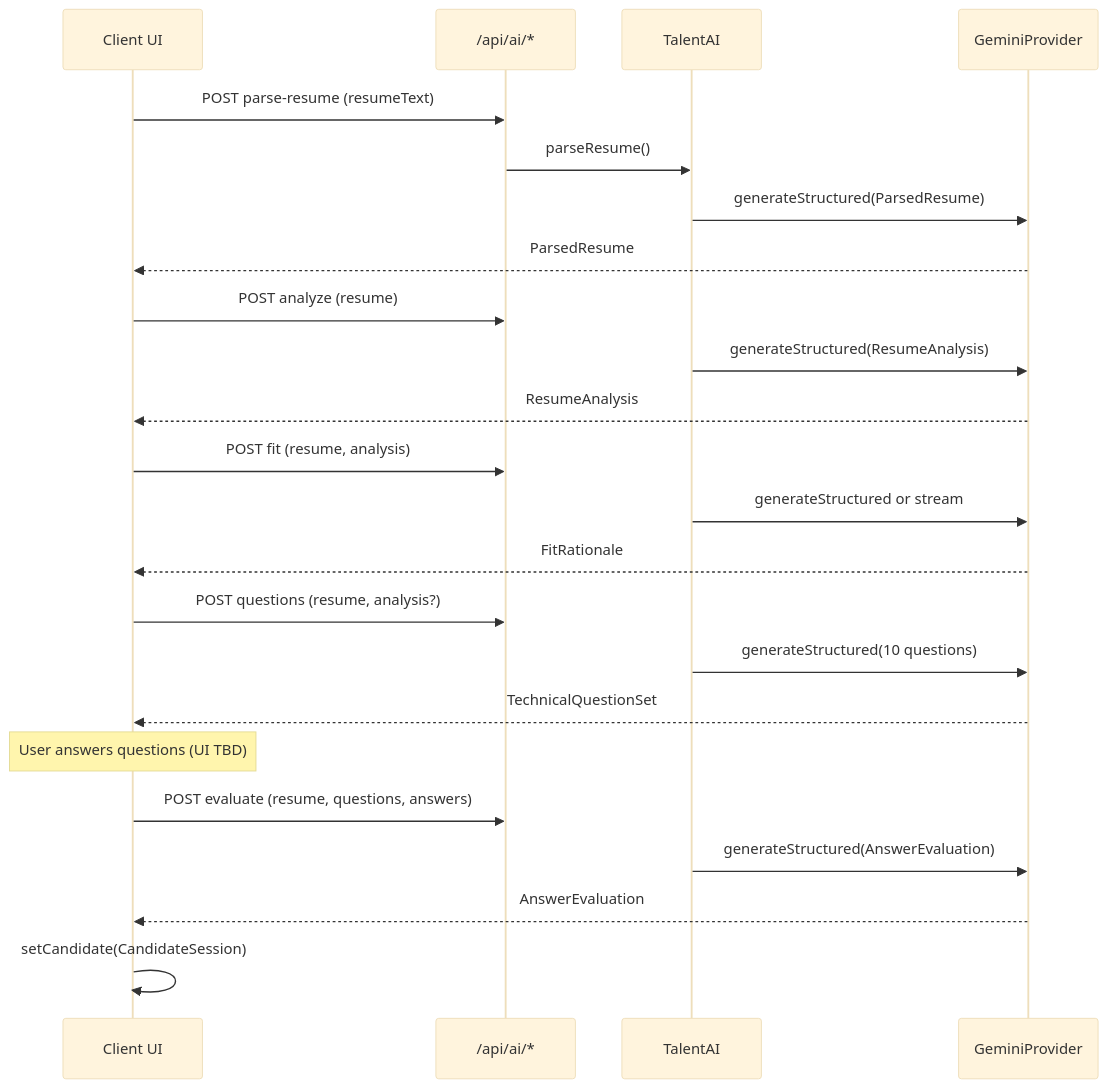
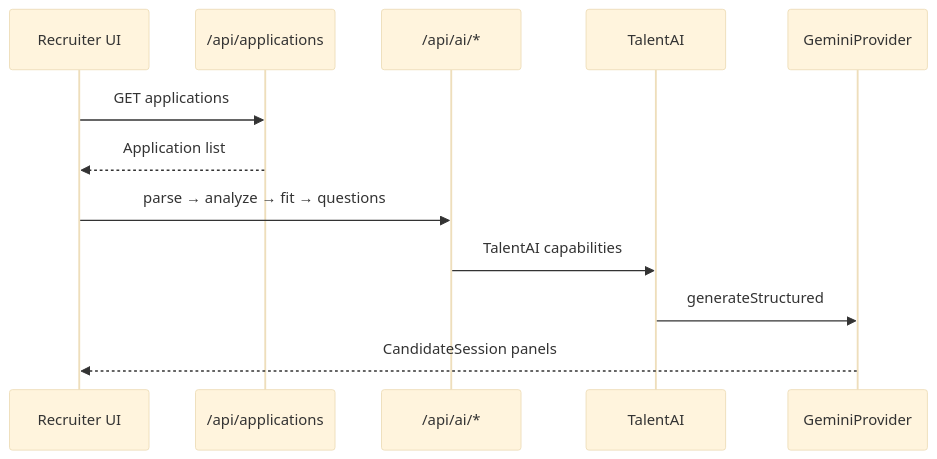
The fifth of 5 diagrams in README.md (habinrahman/Foundry), drawn with Mermaid (base theme) before and after one commit. The commit also changed other lines of this file and 7 other files, not shown here.

````diff
--- a/README.md
+++ b/README.md
@@ -746,31 +813,15 @@
 ```mermaid
 sequenceDiagram
-  participant UI as Client UI
+  participant R as Recruiter UI
+  participant Apps as /api/applications
   participant API as /api/ai/*
   participant TA as TalentAI
   participant G as GeminiProvider
 
-  UI->>API: POST parse-resume (resumeText)
-  API->>TA: parseResume()
-  TA->>G: generateStructured(ParsedResume)
-  G-->>UI: ParsedResume
-
-  UI->>API: POST analyze (resume)
-  TA->>G: generateStructured(ResumeAnalysis)
-  G-->>UI: ResumeAnalysis
-
-  UI->>API: POST fit (resume, analysis)
-  TA->>G: generateStructured or stream
-  G-->>UI: FitRationale
-
-  UI->>API: POST questions (resume, analysis?)
-  TA->>G: generateStructured(10 questions)
-  G-->>UI: TechnicalQuestionSet
-
-  Note over UI: User answers questions (UI TBD)
-  UI->>API: POST evaluate (resume, questions, answers)
-  TA->>G: generateStructured(AnswerEvaluation)
-  G-->>UI: AnswerEvaluation
-
-  UI->>UI: setCandidate(CandidateSession)
+  R->>Apps: GET applications
+  Apps-->>R: Application list
+  R->>API: parse → analyze → fit → questions
+  API->>TA: TalentAI capabilities
+  TA->>G: generateStructured
+  G-->>R: CandidateSession panels
 ```
````
